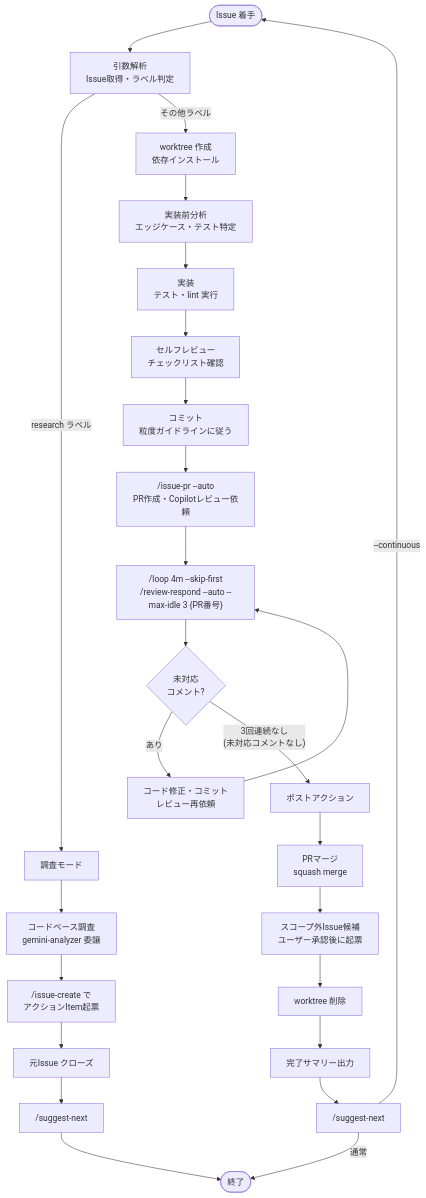
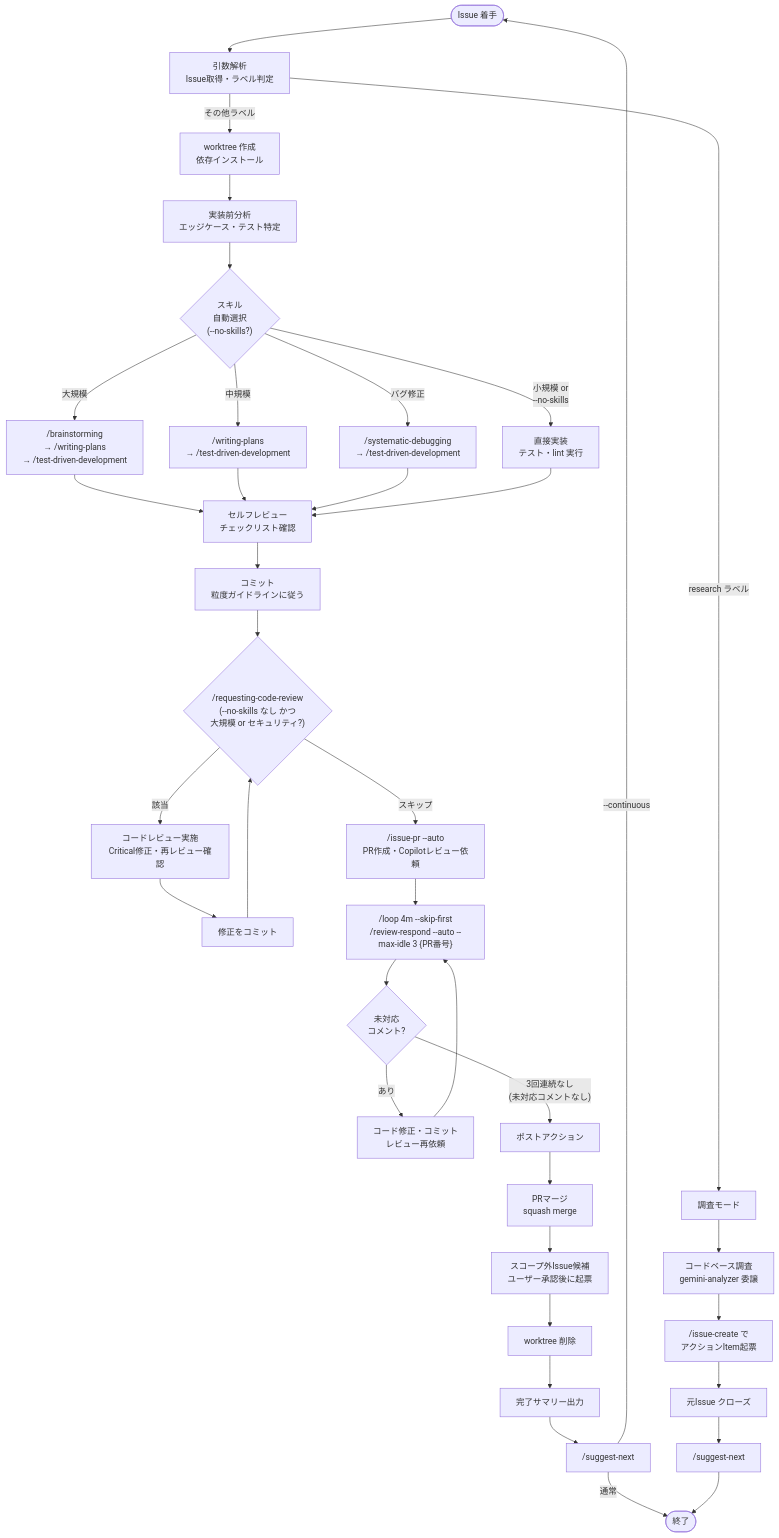
One commit to KdavisO/claude-project-template changed the second of 9 diagrams in docs/command-orchestration.md. Above: the diagram before and after it, drawn with Mermaid. The commit also changed other lines of this file and 1 other file, not shown here.

First line of the commit message:
feat: /issue-start --auto フローにスキル（brainstorming/writing-plans/TDD等）を組み込む (#162)

````diff
--- a/docs/command-orchestration.md
+++ b/docs/command-orchestration.md
@@ -61,32 +65,43 @@
 ```mermaid
 flowchart TD
     Start(["Issue 着手"]) --> Parse["引数解析\nIssue取得・ラベル判定"]
     Parse -->|"research ラベル"| Research["調査モード"]
     Parse -->|"その他ラベル"| WT["worktree 作成\n依存インストール"]
 
     Research --> Investigate["コードベース調査\ngemini-analyzer 委譲"]
     Investigate --> CreateIssues["/issue-create で\nアクションItem起票"]
     CreateIssues --> CloseResearch["元Issue クローズ"]
     CloseResearch --> SuggestR["/suggest-next"]
 
     WT --> Analyze["実装前分析\nエッジケース・テスト特定"]
-    Analyze --> Implement["実装\nテスト・lint 実行"]
-    Implement --> SelfReview["セルフレビュー\nチェックリスト確認"]
+    Analyze --> SkillSelect{"スキル\n自動選択\n(--no-skills?)"}
+    SkillSelect -->|"大規模"| BS["/brainstorming\n→ /writing-plans\n→ /test-driven-development"]
+    SkillSelect -->|"中規模"| WPlan["/writing-plans\n→ /test-driven-development"]
+    SkillSelect -->|"バグ修正"| Debug["/systematic-debugging\n→ /test-driven-development"]
+    SkillSelect -->|"小規模 or\n--no-skills"| Implement["直接実装\nテスト・lint 実行"]
+    BS --> SelfReview["セルフレビュー\nチェックリスト確認"]
+    WPlan --> SelfReview
+    Debug --> SelfReview
+    Implement --> SelfReview
     SelfReview --> Commit["コミット\n粒度ガイドラインに従う"]
-    Commit --> PR["/issue-pr --auto\nPR作成・Copilotレビュー依頼"]
+    Commit --> CodeReview{"/requesting-code-review\n(--no-skills なし かつ\n大規模 or セキュリティ?)"}
+    CodeReview -->|"該当"| RCR["コードレビュー実施\nCritical修正・再レビュー確認"]
+    CodeReview -->|"スキップ"| PR["/issue-pr --auto\nPR作成・Copilotレビュー依頼"]
+    RCR --> ReCommit["修正をコミット"]
+    ReCommit --> CodeReview
     PR --> Poll["/loop 4m --skip-first\n/review-respond --auto --max-idle 3 {PR番号}"]
 
     Poll --> Check{"未対応\nコメント?"}
     Check -->|"あり"| Fix["コード修正・コミット\nレビュー再依頼"]
     Fix --> Poll
     Check -->|"3回連続なし\n(未対応コメントなし)"| PostAction["ポストアクション"]
 
     PostAction --> Merge["PRマージ\nsquash merge"]
     Merge --> ScopeOut["スコープ外Issue候補\nユーザー承認後に起票"]
     ScopeOut --> Cleanup["worktree 削除"]
     Cleanup --> Summary["完了サマリー出力"]
     Summary --> Suggest["/suggest-next"]
     Suggest -->|"--continuous"| Start
     Suggest -->|"通常"| End(["終了"])
     SuggestR --> End
 ```
````
